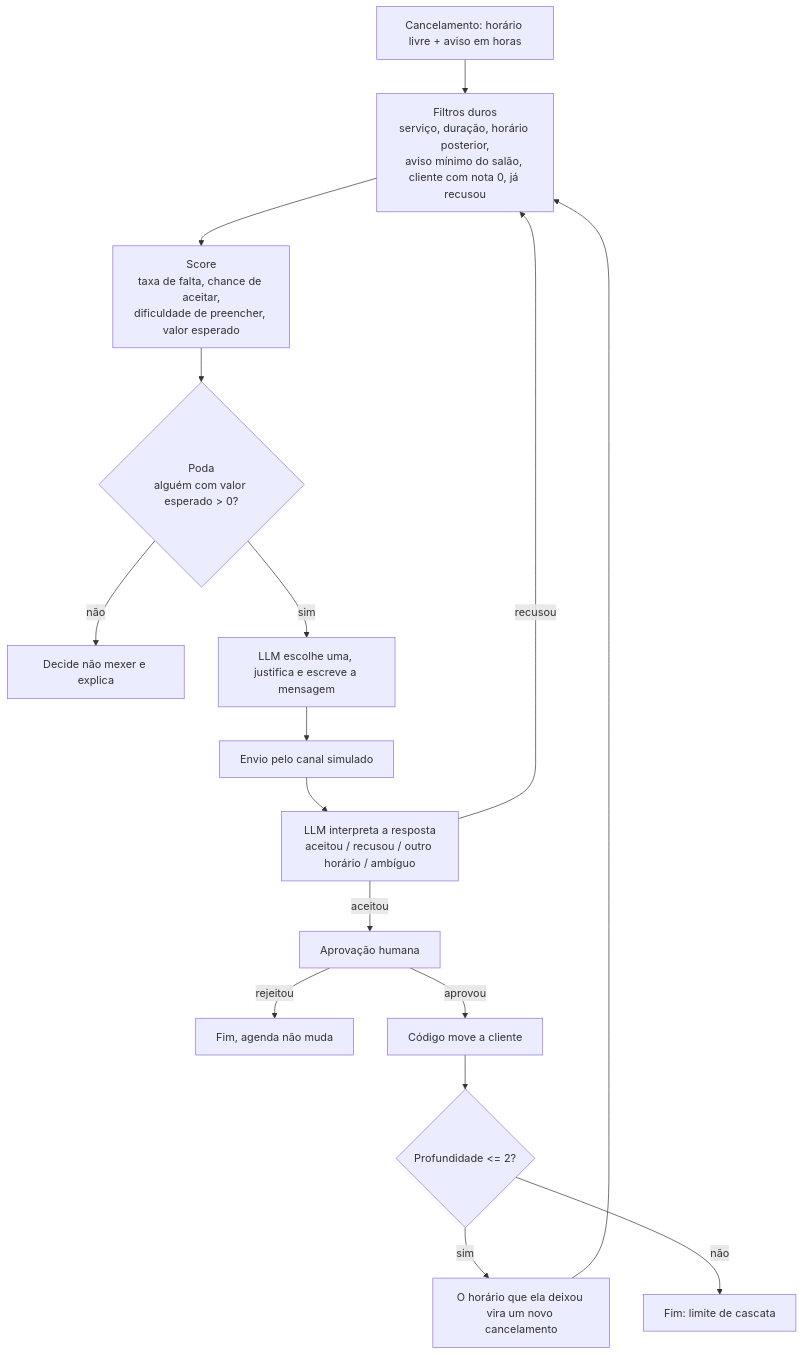
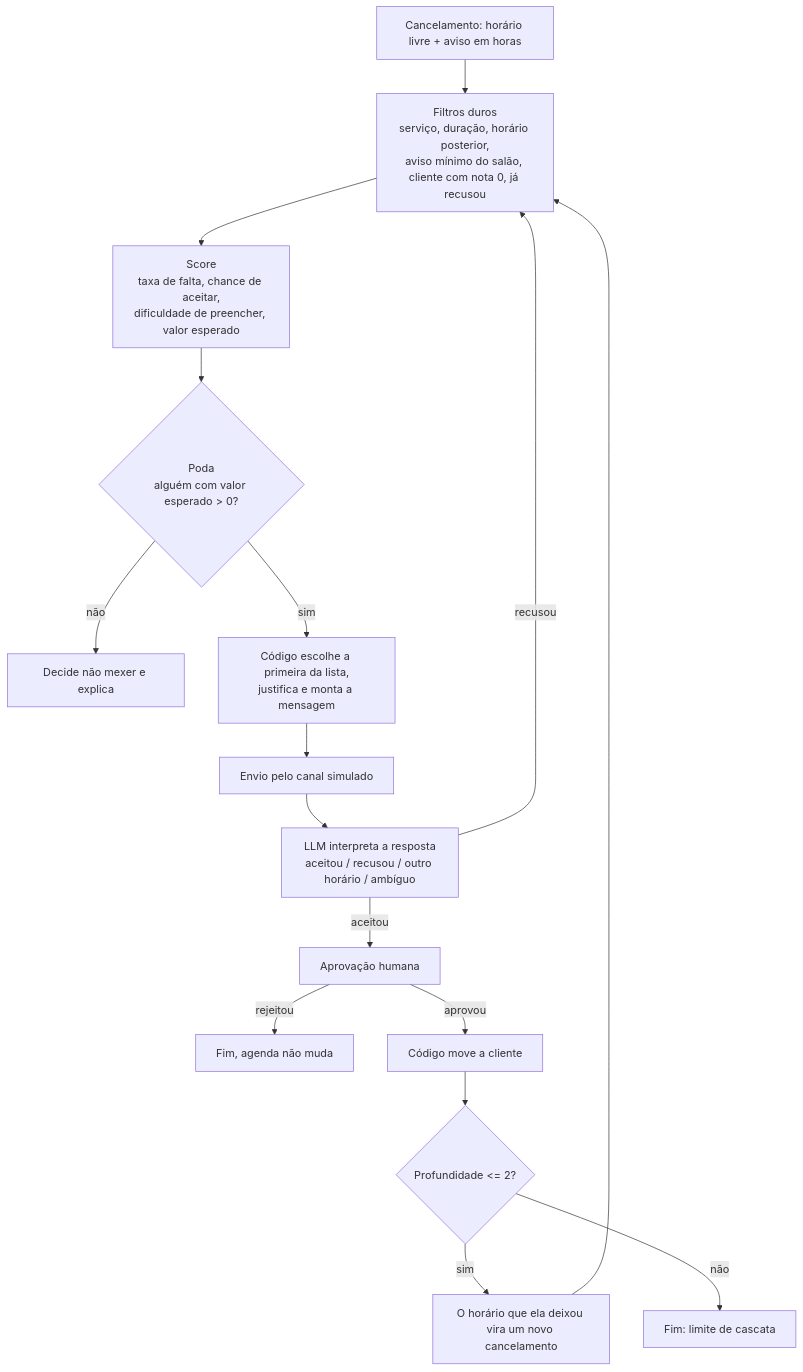
The diagram in agente-remarcacao/README.md (samuel000px/FlowAgenda-AI), drawn with Mermaid before and after one commit. The commit also changed other lines of this file and 7 other files, not shown here.

````diff
--- a/agente-remarcacao/README.md
+++ b/agente-remarcacao/README.md
@@ -23,17 +23,17 @@
 ```mermaid
 flowchart TD
     A[Cancelamento: horário livre + aviso em horas] --> B[Filtros duros<br/>serviço, duração, horário posterior,<br/>aviso mínimo do salão, cliente com nota 0, já recusou]
     B --> C[Score<br/>taxa de falta, chance de aceitar,<br/>dificuldade de preencher, valor esperado]
     C --> D{Poda<br/>alguém com valor esperado > 0?}
     D -- não --> N[Decide não mexer e explica]
-    D -- sim --> E[LLM escolhe uma, justifica e escreve a mensagem]
+    D -- sim --> E[Código escolhe a primeira da lista,<br/>justifica e monta a mensagem]
     E --> F[Envio pelo canal simulado]
     F --> G[LLM interpreta a resposta<br/>aceitou / recusou / outro horário / ambíguo]
     G -- recusou --> B
     G -- aceitou --> H[Aprovação humana]
     H -- rejeitou --> R[Fim, agenda não muda]
     H -- aprovou --> I[Código move a cliente]
     I --> J{Profundidade <= 2?}
     J -- sim --> K[O horário que ela deixou vira um novo cancelamento] --> B
     J -- não --> L[Fim: limite de cascata]
 ```
````
